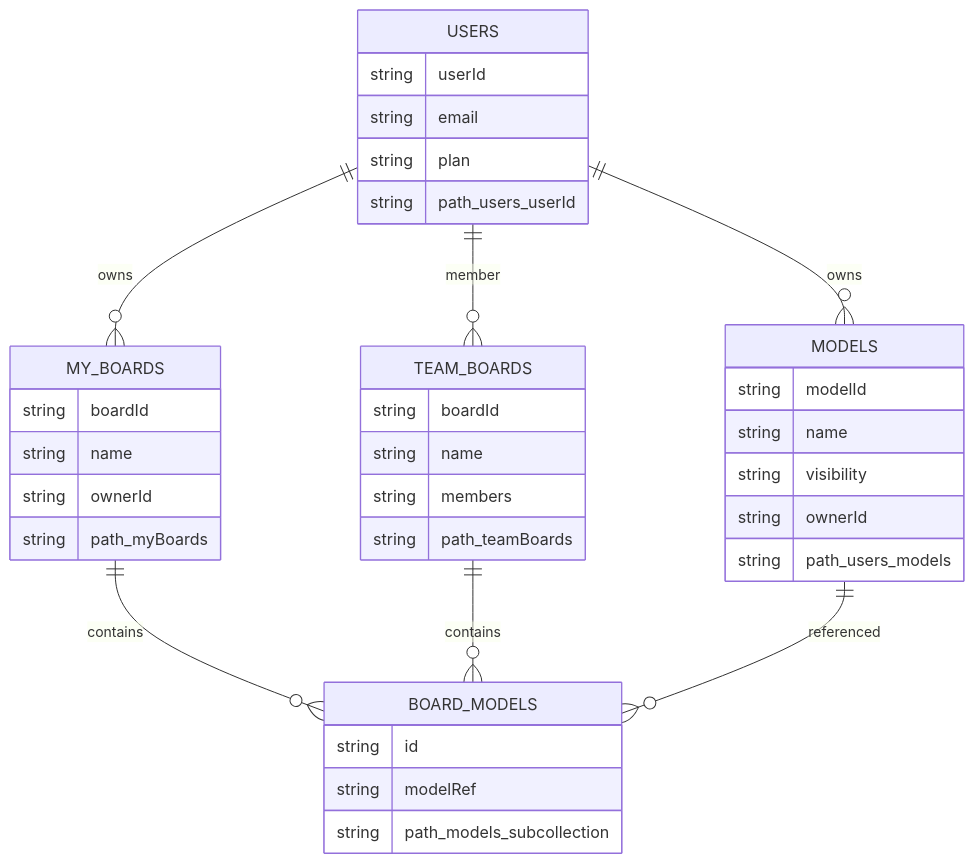
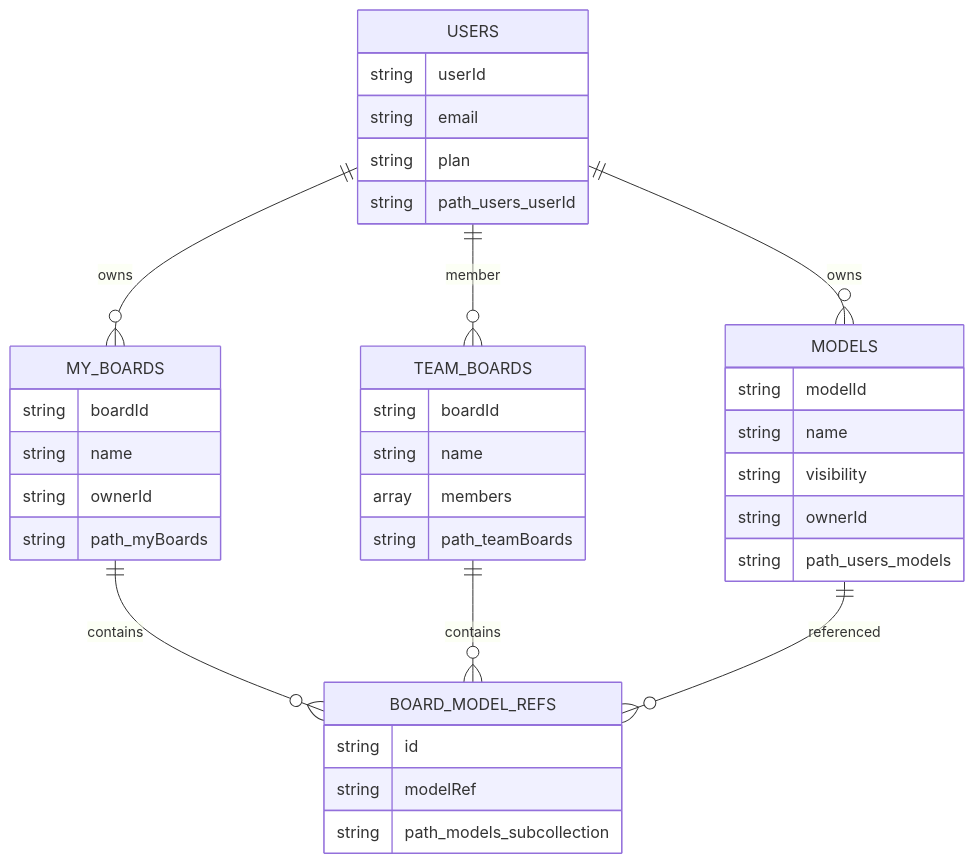
Before and after one commit to sekkeiya/SEKKEIYA: the diagram in docs/firestore-er.md, drawn with Mermaid. The commit also changed other lines of this file, not shown here.

````diff
--- a/docs/firestore-er.md
+++ b/docs/firestore-er.md
@@ -3,47 +3,47 @@
 ```mermaid
 erDiagram
 
     USERS ||--o{ MY_BOARDS : owns
     USERS ||--o{ TEAM_BOARDS : member
     USERS ||--o{ MODELS : owns
 
-    MY_BOARDS ||--o{ BOARD_MODELS : contains
-    TEAM_BOARDS ||--o{ BOARD_MODELS : contains
+    MY_BOARDS ||--o{ BOARD_MODEL_REFS : contains
+    TEAM_BOARDS ||--o{ BOARD_MODEL_REFS : contains
 
-    MODELS ||--o{ BOARD_MODELS : referenced
+    MODELS ||--o{ BOARD_MODEL_REFS : referenced
 
     USERS {
         string userId
         string email
         string plan
         string path_users_userId
     }
 
     MODELS {
         string modelId
         string name
         string visibility
         string ownerId
         string path_users_models
     }
 
     MY_BOARDS {
         string boardId
         string name
         string ownerId
         string path_myBoards
     }
 
     TEAM_BOARDS {
         string boardId
         string name
-        string members
+        array members
         string path_teamBoards
     }
 
-    BOARD_MODELS {
+    BOARD_MODEL_REFS {
         string id
         string modelRef
         string path_models_subcollection
     }
 ```
````
